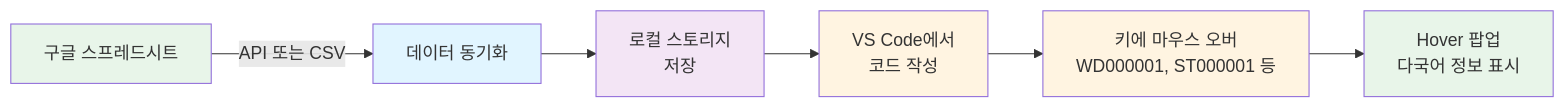
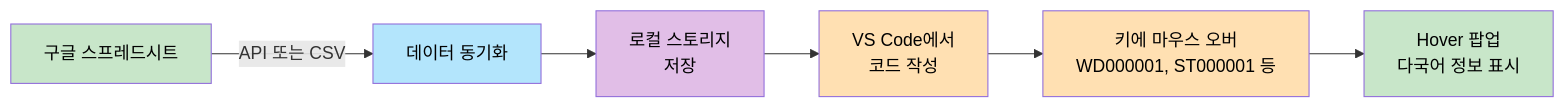
The first of 6 diagrams in README.ko.md (jinyDuo/sheet-global-hover-helper), drawn with Mermaid before and after one commit. The commit also changed other lines of this file and 2 other files, not shown here.

Commit message:
feat: 플로우 차트 색상 조정

````diff
--- a/README.ko.md
+++ b/README.ko.md
@@ -20,15 +20,15 @@
 ```mermaid
 flowchart LR
     A[구글 스프레드시트] -->|API 또는 CSV| B[데이터 동기화]
     B --> C[로컬 스토리지<br/>저장]
     C --> D[VS Code에서<br/>코드 작성]
     D --> E[키에 마우스 오버<br/>WD000001, ST000001 등]
     E --> F[Hover 팝업<br/>다국어 정보 표시]
     
-    style A fill:#e8f5e9
-    style B fill:#e1f5ff
-    style C fill:#f3e5f5
-    style D fill:#fff4e1
-    style E fill:#fff4e1
-    style F fill:#e8f5e9
+    style A fill:#c8e6c9,color:#000000
+    style B fill:#b3e5fc,color:#000000
+    style C fill:#e1bee7,color:#000000
+    style D fill:#ffe0b2,color:#000000
+    style E fill:#ffe0b2,color:#000000
+    style F fill:#c8e6c9,color:#000000
 ```
````
